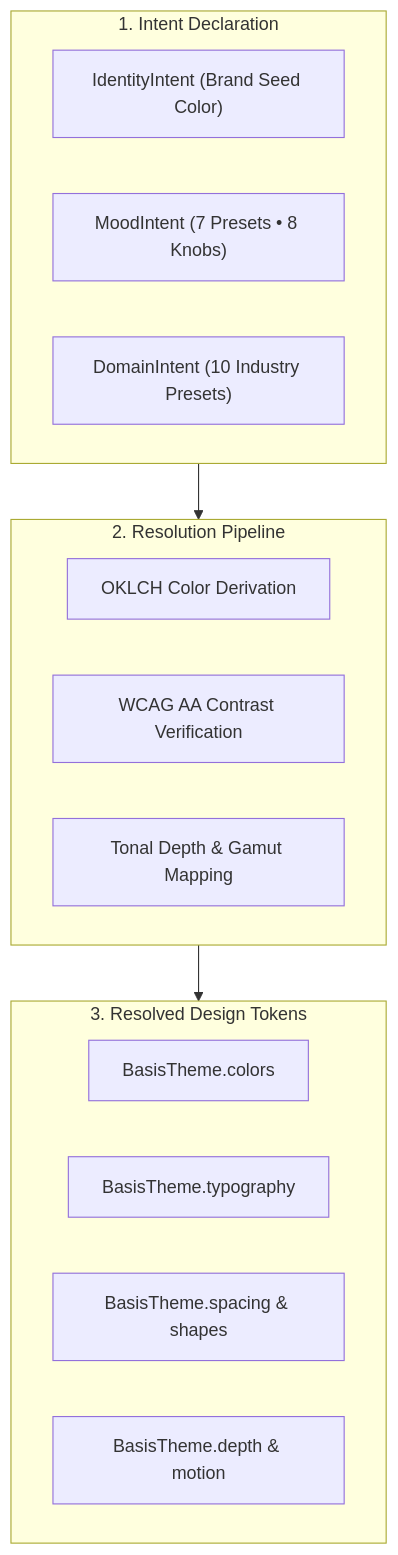
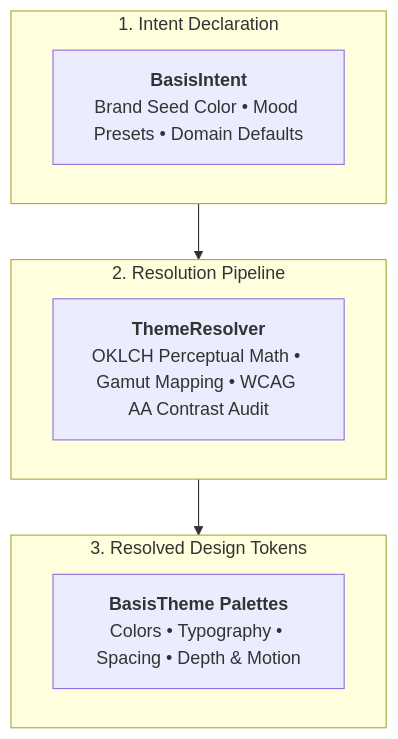
The diagram in docs/docs-site/src/content/docs/theming/overview.mdx (alph-a07/basis), drawn with Mermaid before and after one commit. The commit also changed 8 other files, not shown here.

Commit message:
fix(docs): resolve tiny mermaid scaling and text truncation

````diff
--- a/docs/docs-site/src/content/docs/theming/overview.mdx
+++ b/docs/docs-site/src/content/docs/theming/overview.mdx
@@ -11,24 +11,16 @@
 ```mermaid
 flowchart TD
-    subgraph Input["1. Intent Declaration"]
-        A["IdentityIntent (Brand Seed Color)"]
-        B["MoodIntent (7 Presets • 8 Knobs)"]
-        C["DomainIntent (10 Industry Presets)"]
+    subgraph Step1["1. Intent Declaration"]
+        A["<b>BasisIntent</b><br/>Brand Seed Color • Mood Presets • Domain Defaults"]
     end
 
-    subgraph Engine["2. Resolution Pipeline"]
-        D["OKLCH Color Derivation"]
-        E["WCAG AA Contrast Verification"]
-        F["Tonal Depth & Gamut Mapping"]
+    subgraph Step2["2. Resolution Pipeline"]
+        B["<b>ThemeResolver</b><br/>OKLCH Perceptual Math • Gamut Mapping • WCAG AA Contrast Audit"]
     end
 
-    subgraph Output["3. Resolved Design Tokens"]
-        G["BasisTheme.colors"]
-        H["BasisTheme.typography"]
-        I["BasisTheme.spacing & shapes"]
-        J["BasisTheme.depth & motion"]
+    subgraph Step3["3. Resolved Design Tokens"]
+        C["<b>BasisTheme Palettes</b><br/>Colors • Typography • Spacing • Depth & Motion"]
     end
 
-    Input --> Engine
-    Engine --> Output
+    Step1 --> Step2 --> Step3
 ```
````
